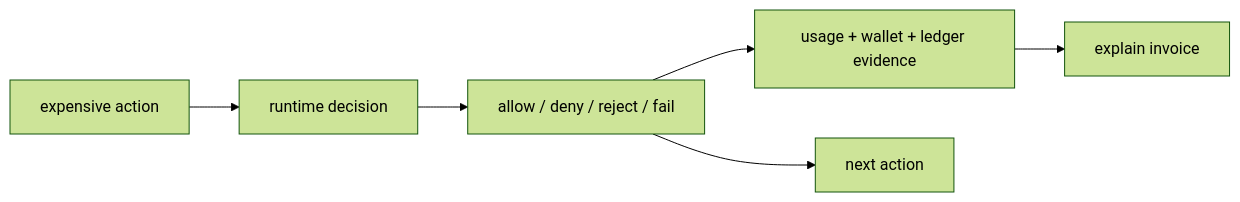
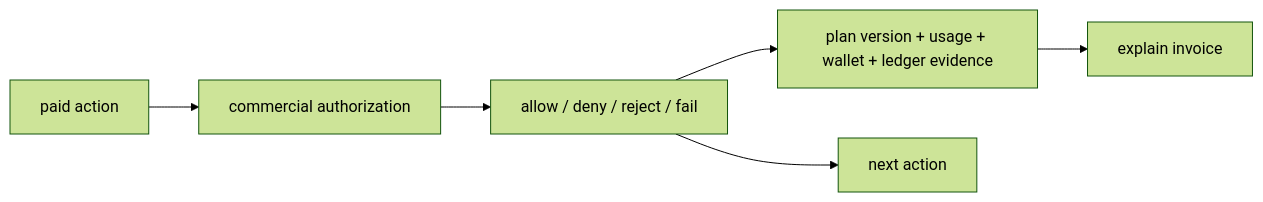
One commit to jhonsfran/unprice changed the diagram in docs/brand/language-and-vocabulary.md. Above: the diagram before and after it, drawn with Mermaid (forest theme). The commit also changed other lines of this file and 17 other files, not shown here.

````diff
--- a/docs/brand/language-and-vocabulary.md
+++ b/docs/brand/language-and-vocabulary.md
@@ -22,8 +22,8 @@
 ```mermaid
 flowchart LR
-  Action["expensive action"] --> Decision["runtime decision"]
+  Action["paid action"] --> Decision["commercial authorization"]
   Decision --> State["allow / deny / reject / fail"]
-  State --> Evidence["usage + wallet + ledger evidence"]
+  State --> Evidence["plan version + usage + wallet + ledger evidence"]
   Evidence --> Invoice["explain invoice"]
   State --> Next["next action"]
 ```
````
